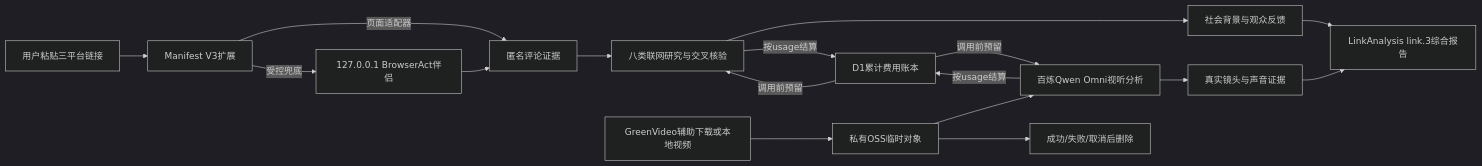
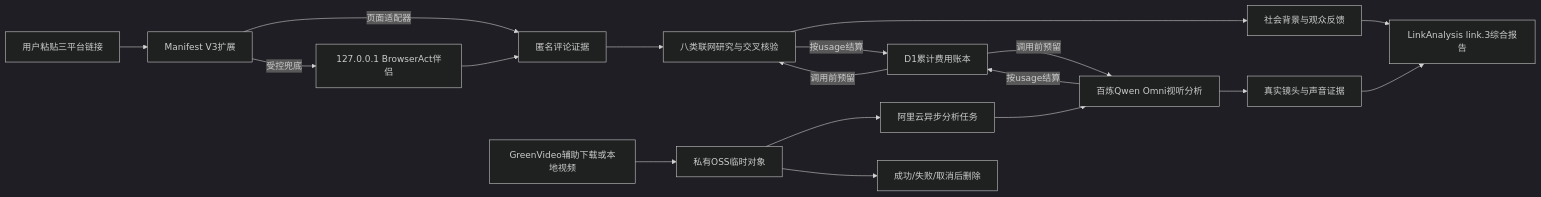
The diagram in README.md (lixiangjiao728-pixel/shotprint), drawn with Mermaid (dark theme) before and after one commit. The commit also changed other lines of this file and 15 other files, not shown here.

````diff
--- a/README.md
+++ b/README.md
@@ -38,19 +38,20 @@
 ```mermaid
 flowchart LR
   L[用户粘贴三平台链接] --> X[Manifest V3扩展]
   X -->|页面适配器| C[匿名评论证据]
   X -->|受控兜底| BA[127.0.0.1 BrowserAct伴侣]
   BA --> C
   C --> R[八类联网研究与交叉核验]
   V[GreenVideo辅助下载或本地视频] --> O[私有OSS临时对象]
-  O --> Q[百炼Qwen Omni视听分析]
+  O --> J[阿里云异步分析任务]
+  J --> Q[百炼Qwen Omni视听分析]
   R --> S[社会背景与观众反馈]
   Q --> T[真实镜头与声音证据]
   S --> F[LinkAnalysis link.3综合报告]
   T --> F
   B[D1累计费用账本] -->|调用前预留| R
   B -->|调用前预留| Q
   R -->|按usage结算| B
   Q -->|按usage结算| B
   O --> D[成功/失败/取消后删除]
 ```
````
